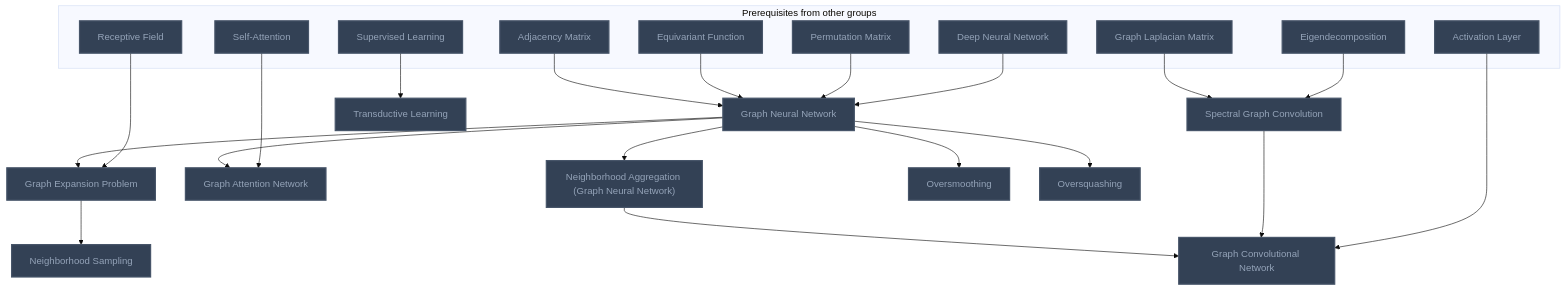
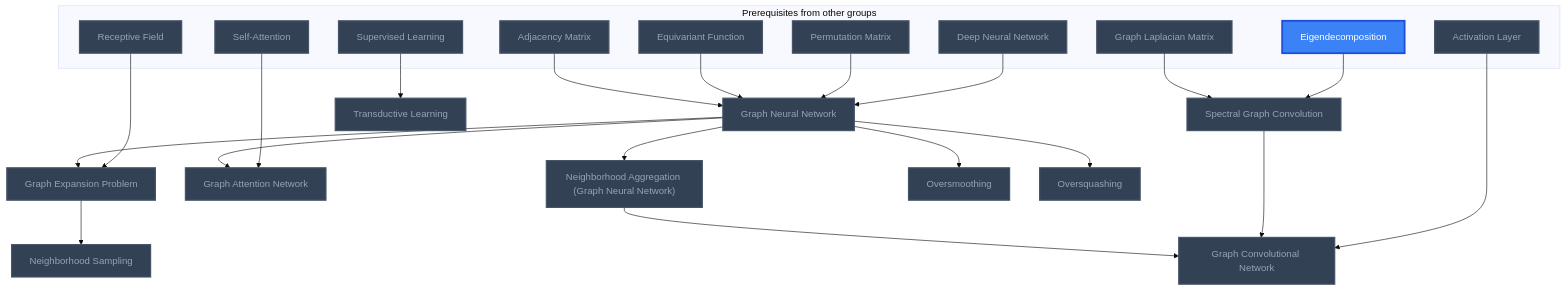
One commit to MRauf1/My-Notes changed diagram 12 of 21 in Gamification/Skill Trees/Deep Learning.md. Above: the diagram before and after it, drawn with Mermaid (base theme). The commit also changed other lines of this file and 57 other files, not shown here.

````diff
--- a/Gamification/Skill Trees/Deep Learning.md
+++ b/Gamification/Skill Trees/Deep Learning.md
@@ -659,54 +660,55 @@
 ```mermaid
 flowchart TD
     classDef planned fill:#1E293B,stroke:#64748B,stroke-width:2px,stroke-dasharray:5 5,color:#94A3B8;
     classDef locked fill:#334155,stroke:#475569,stroke-width:2px,color:#94A3B8;
     classDef L0 fill:#F1F5F9,stroke:#94A3B8,stroke-width:2px,color:#000000;
     classDef L1 fill:#22C55E,stroke:#15803D,stroke-width:2px,color:#000000;
     classDef L2 fill:#3B82F6,stroke:#1D4ED8,stroke-width:3px,color:#FFFFFF;
     classDef L3 fill:#A855F7,stroke:#6B21A8,stroke-width:3px,color:#FFFFFF,font-weight:bold;
     classDef L4 fill:#F97316,stroke:#C2410C,stroke-width:4px,color:#000000,font-weight:bold;
     classDef L5 fill:#FFD700,stroke:#FF8C00,stroke-width:5px,color:#000000,font-weight:bold;
     classDef rusty stroke:#8B4513,stroke-width:4px,stroke-dasharray:3 3;
     subgraph sg_prereqs["Prerequisites from other groups"]
         n_adjacency_matrix["Adjacency Matrix"]
         n_equivariant_function["Equivariant Function"]
         n_permutation_matrix["Permutation Matrix"]
         n_deep_neural_network["Deep Neural Network"]
         n_graph_laplacian_matrix["Graph Laplacian Matrix"]
         n_eigendecomposition["Eigendecomposition"]
         n_self_attention["Self-Attention"]
         n_supervised_learning["Supervised Learning"]
         n_receptive_field["Receptive Field"]
         n_activation_layer["Activation Layer"]
     end
     n_graph_neural_network["Graph Neural Network"]
     n_neighborhood_aggregation_graph_neural_network["Neighborhood Aggregation (Graph Neural Network)"]
     n_spectral_graph_convolution["Spectral Graph Convolution"]
     n_graph_convolutional_network["Graph Convolutional Network"]
     n_graph_attention_network["Graph Attention Network"]
     n_transductive_learning["Transductive Learning"]
     n_graph_expansion_problem["Graph Expansion Problem"]
     n_neighborhood_sampling["Neighborhood Sampling"]
     n_oversmoothing["Oversmoothing"]
     n_oversquashing["Oversquashing"]
     n_adjacency_matrix --> n_graph_neural_network
     n_equivariant_function --> n_graph_neural_network
     n_permutation_matrix --> n_graph_neural_network
     n_deep_neural_network --> n_graph_neural_network
     n_graph_neural_network --> n_neighborhood_aggregation_graph_neural_network
     n_graph_laplacian_matrix --> n_spectral_graph_convolution
     n_eigendecomposition --> n_spectral_graph_convolution
     n_neighborhood_aggregation_graph_neural_network --> n_graph_convolutional_network
     n_spectral_graph_convolution --> n_graph_convolutional_network
     n_graph_neural_network --> n_graph_attention_network
     n_self_attention --> n_graph_attention_network
     n_supervised_learning --> n_transductive_learning
     n_graph_neural_network --> n_graph_expansion_problem
     n_receptive_field --> n_graph_expansion_problem
     n_graph_expansion_problem --> n_neighborhood_sampling
     n_graph_neural_network --> n_oversmoothing
     n_graph_neural_network --> n_oversquashing
     n_activation_layer --> n_graph_convolutional_network
-    class n_adjacency_matrix,n_equivariant_function,n_permutation_matrix,n_deep_neural_network,n_graph_laplacian_matrix,n_eigendecomposition,n_self_attention,n_supervised_learning,n_receptive_field,n_activation_layer,n_graph_neural_network,n_neighborhood_aggregation_graph_neural_network,n_spectral_graph_convolution,n_graph_convolutional_network,n_graph_attention_network,n_transductive_learning,n_graph_expansion_problem,n_neighborhood_sampling,n_oversmoothing,n_oversquashing locked;
+    class n_adjacency_matrix,n_equivariant_function,n_permutation_matrix,n_deep_neural_network,n_graph_laplacian_matrix,n_self_attention,n_supervised_learning,n_receptive_field,n_activation_layer,n_graph_neural_network,n_neighborhood_aggregation_graph_neural_network,n_spectral_graph_convolution,n_graph_convolutional_network,n_graph_attention_network,n_transductive_learning,n_graph_expansion_problem,n_neighborhood_sampling,n_oversmoothing,n_oversquashing locked;
+    class n_eigendecomposition L2;
     class n_adjacency_matrix,n_equivariant_function,n_permutation_matrix,n_deep_neural_network,n_graph_laplacian_matrix,n_eigendecomposition,n_self_attention,n_supervised_learning,n_receptive_field,n_activation_layer,n_graph_neural_network,n_neighborhood_aggregation_graph_neural_network,n_spectral_graph_convolution,n_graph_convolutional_network,n_graph_attention_network,n_transductive_learning,n_graph_expansion_problem,n_neighborhood_sampling,n_oversmoothing,n_oversquashing internal-link;
 ```
````
